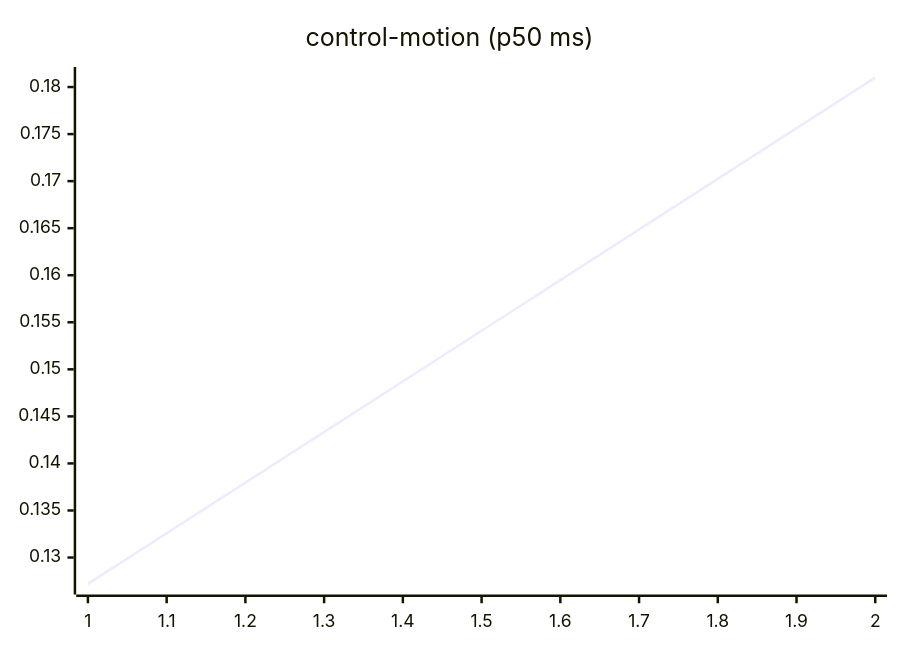
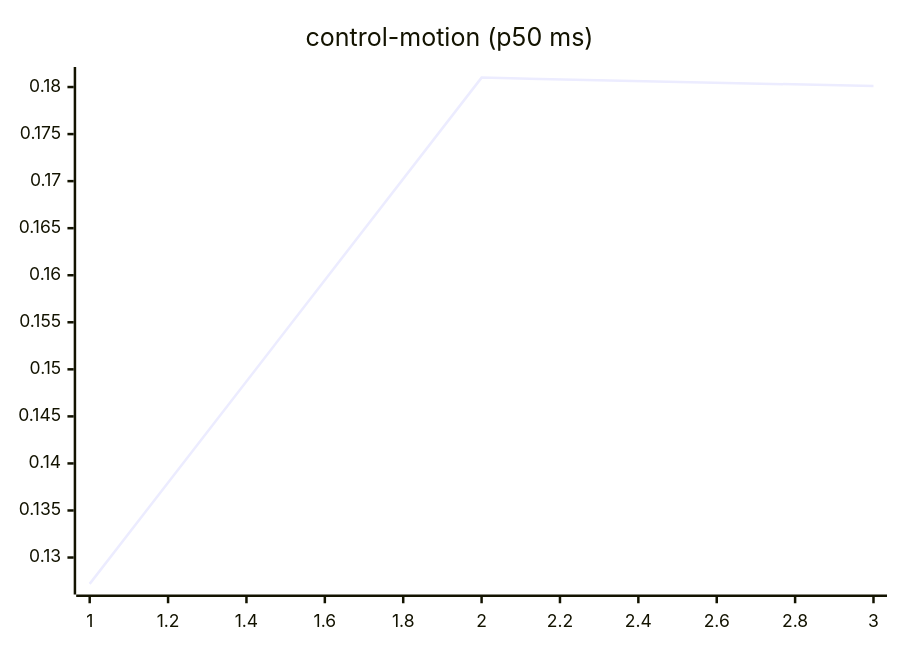
Before and after one commit to josha/Facet: the seventh of 27 diagrams in README.md, drawn with Mermaid. The commit also changed other lines of this file and 2 other files, not shown here.

````diff
--- a/README.md
+++ b/README.md
@@ -105,6 +105,6 @@
 ```mermaid
 xychart-beta
     title "control-motion (p50 ms)"
-    x-axis 1 --> 2
-    line [0.1272, 0.1810]
+    x-axis 1 --> 3
+    line [0.1272, 0.1810, 0.1801]
 ```
````
